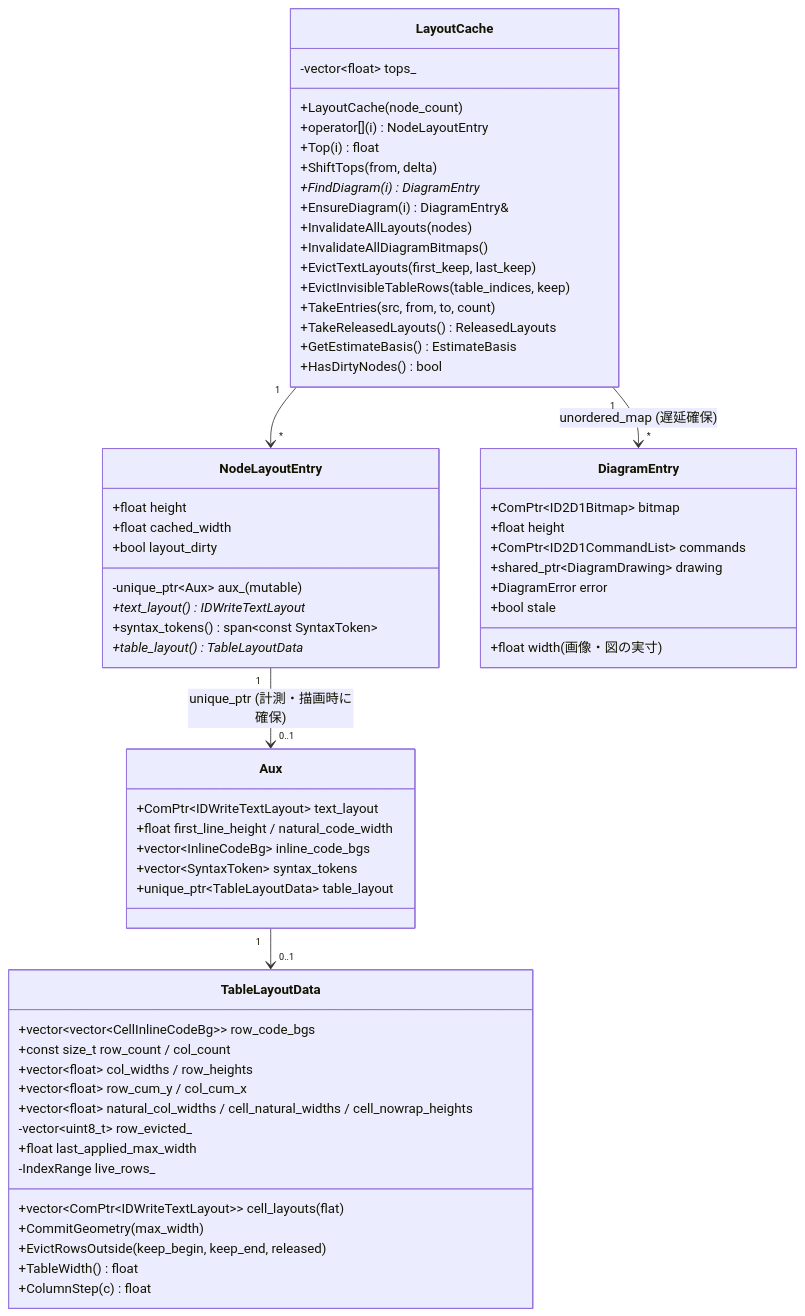
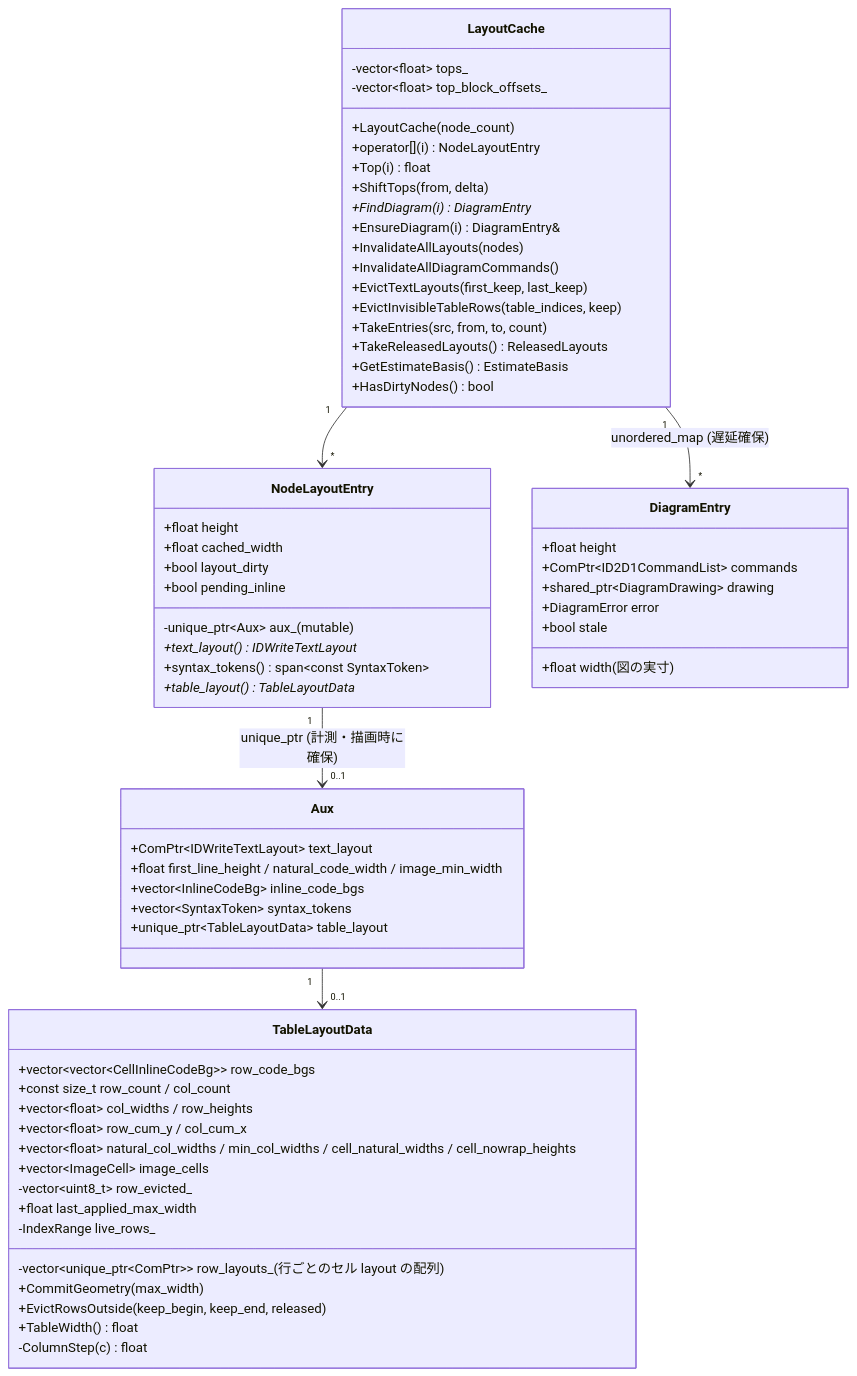
Diagram 16 of 58 in example/test.md (tanaton/mendo), drawn with Mermaid before and after one commit. The commit also changed other lines of this file and 91 other files, not shown here.

````diff
--- a/example/test.md
+++ b/example/test.md
@@ -2883,69 +3042,71 @@
 ```mermaid
 classDiagram
     class LayoutCache {
         +LayoutCache(node_count)
         +operator[](i) NodeLayoutEntry
         +Top(i) float
         +ShiftTops(from, delta)
         +FindDiagram(i) DiagramEntry*
         +EnsureDiagram(i) DiagramEntry&
         +InvalidateAllLayouts(nodes)
-        +InvalidateAllDiagramBitmaps()
+        +InvalidateAllDiagramCommands()
         +EvictTextLayouts(first_keep, last_keep)
         +EvictInvisibleTableRows(table_indices, keep)
         +TakeEntries(src, from, to, count)
         +TakeReleasedLayouts() ReleasedLayouts
         +GetEstimateBasis() EstimateBasis
         +HasDirtyNodes() bool
         -vector~float~ tops_
+        -vector~float~ top_block_offsets_
     }
 
     class NodeLayoutEntry {
         +float height
         +float cached_width
         +bool layout_dirty
+        +bool pending_inline
         -unique_ptr~Aux~ aux_ (mutable)
         +text_layout() IDWriteTextLayout*
         +syntax_tokens() span~const SyntaxToken~
         +table_layout() TableLayoutData*
     }
 
     class Aux {
         +ComPtr~IDWriteTextLayout~ text_layout
-        +float first_line_height / natural_code_width
+        +float first_line_height / natural_code_width / image_min_width
         +vector~InlineCodeBg~ inline_code_bgs
         +vector~SyntaxToken~ syntax_tokens
         +unique_ptr~TableLayoutData~ table_layout
     }
 
     class TableLayoutData {
-        +vector~ComPtr~IDWriteTextLayout~~ cell_layouts (flat)
+        -vector~unique_ptr~ComPtr~~ row_layouts_ (行ごとのセル layout の配列)
         +vector~vector~CellInlineCodeBg~~ row_code_bgs
         +const size_t row_count / col_count
         +vector~float~ col_widths / row_heights
         +vector~float~ row_cum_y / col_cum_x
-        +vector~float~ natural_col_widths / cell_natural_widths / cell_nowrap_heights
+        +vector~float~ natural_col_widths / min_col_widths / cell_natural_widths / cell_nowrap_heights
+        +vector~ImageCell~ image_cells
         -vector~uint8_t~ row_evicted_
         +float last_applied_max_width
         -IndexRange live_rows_
         +CommitGeometry(max_width)
         +EvictRowsOutside(keep_begin, keep_end, released)
         +TableWidth() float
-        +ColumnStep(c) float
+        -ColumnStep(c) float
     }
 
     class DiagramEntry {
-        +ComPtr~ID2D1Bitmap~ bitmap
-        +float width (画像・図の実寸)
+        +float width (図の実寸)
         +float height
         +ComPtr~ID2D1CommandList~ commands
         +shared_ptr~DiagramDrawing~ drawing
         +DiagramError error
         +bool stale
     }
 
     LayoutCache "1" --> "*" NodeLayoutEntry
     LayoutCache "1" --> "*" DiagramEntry : unordered_map (遅延確保)
     NodeLayoutEntry "1" --> "0..1" Aux : unique_ptr (計測・描画時に確保)
     Aux "1" --> "0..1" TableLayoutData
 ```
````
